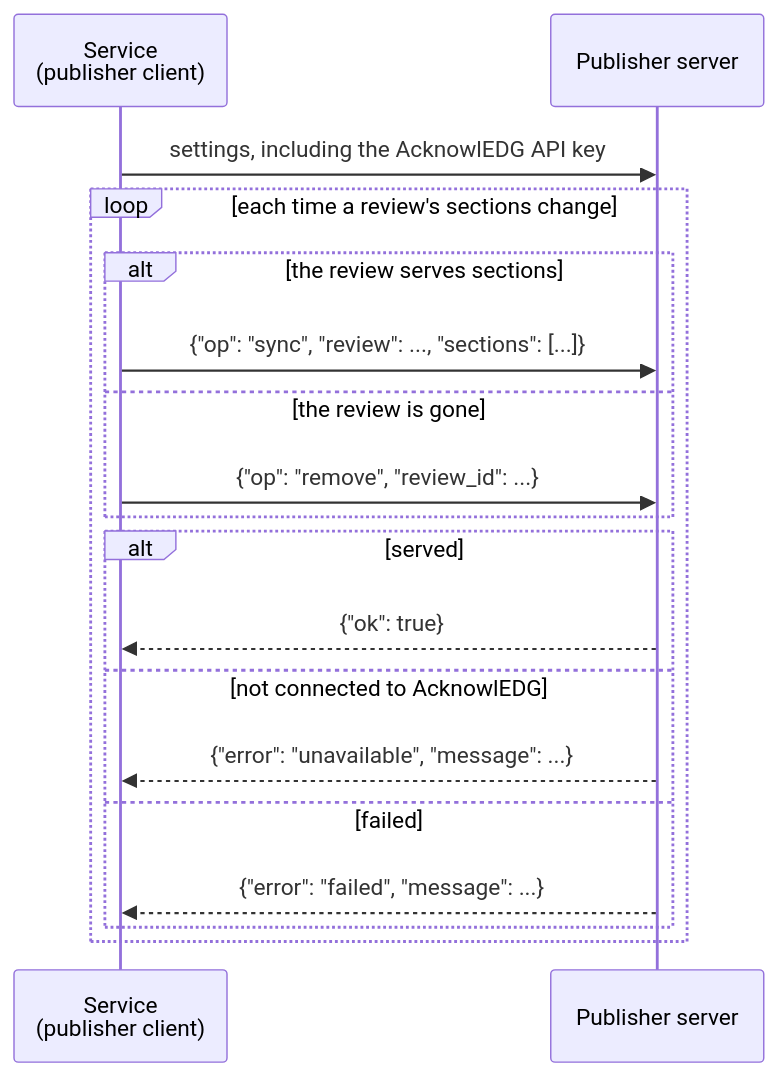
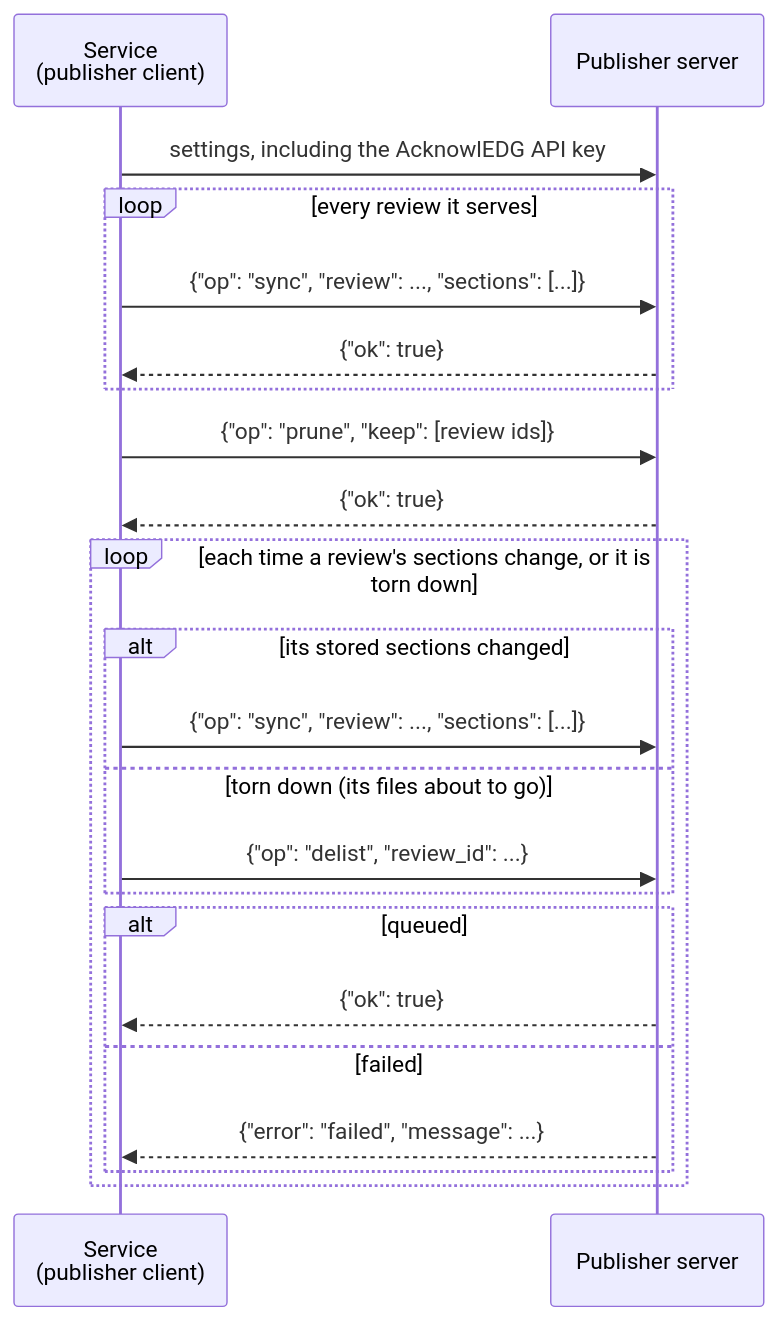
The seventh of 7 diagrams in dev_tools/services/acknowledg-forge/SANDBOXING.md (edgcpp/compiler), drawn with Mermaid before and after one commit. The commit also changed other lines of this file and 36 other files, not shown here.

````diff
--- a/dev_tools/services/acknowledg-forge/SANDBOXING.md
+++ b/dev_tools/services/acknowledg-forge/SANDBOXING.md
@@ -421,21 +433,25 @@
 ```mermaid
 sequenceDiagram
   participant S as Service<br/>(publisher client)
   participant P as Publisher server
 
   S->>P: settings, including the AcknowlEDG API key
-  loop each time a review's sections change
-    alt the review serves sections
+  loop every review it serves
+    S->>P: {"op": "sync", "review": ..., "sections": [...]}
+    P-->>S: {"ok": true}
+  end
+  S->>P: {"op": "prune", "keep": [review ids]}
+  P-->>S: {"ok": true}
+  loop each time a review's sections change, or it is torn down
+    alt its stored sections changed
       S->>P: {"op": "sync", "review": ..., "sections": [...]}
-    else the review is gone
-      S->>P: {"op": "remove", "review_id": ...}
+    else torn down (its files about to go)
+      S->>P: {"op": "delist", "review_id": ...}
     end
-    alt served
+    alt queued
       P-->>S: {"ok": true}
-    else not connected to AcknowlEDG
-      P-->>S: {"error": "unavailable", "message": ...}
     else failed
       P-->>S: {"error": "failed", "message": ...}
     end
   end
 ```
````
